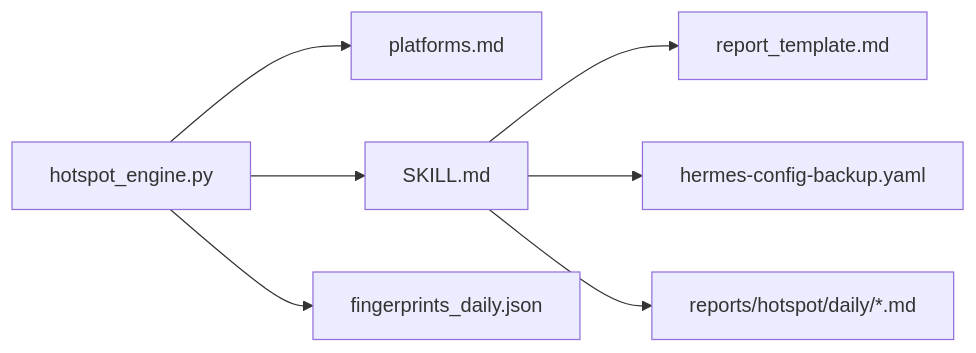
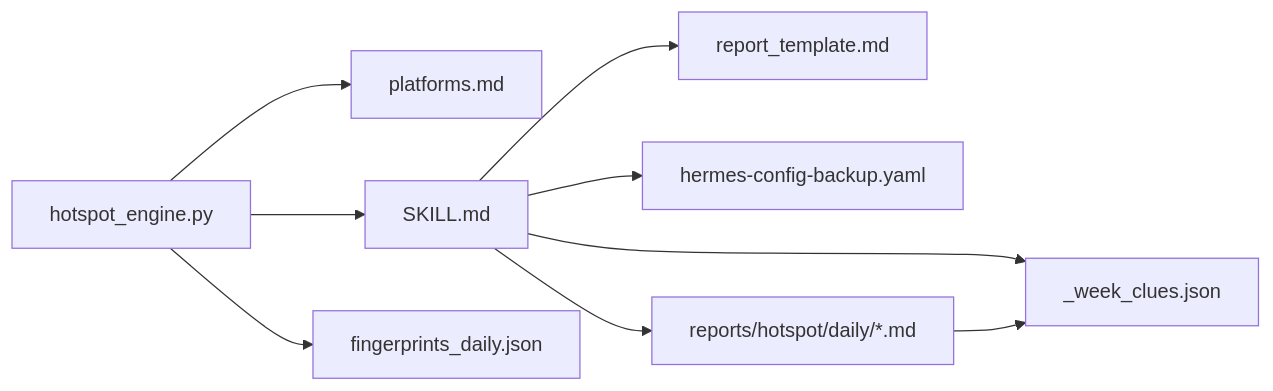
The fourth of 4 diagrams in .qoder/repowiki/zh/content/核心技能详解/Qoder Agent 每日热点报告系统.md (John198912/hermes_workspace), drawn with Mermaid before and after one commit. The commit also changed other lines of this file and 3 other files, not shown here.

````diff
--- a/.qoder/repowiki/zh/content/核心技能详解/Qoder Agent 每日热点报告系统.md
+++ b/.qoder/repowiki/zh/content/核心技能详解/Qoder Agent 每日热点报告系统.md
@@ -210,9 +244,11 @@
 ```mermaid
 graph LR
 Engine["hotspot_engine.py"] --> Platforms["platforms.md"]
 Engine --> Skill["SKILL.md"]
 Skill --> Template["report_template.md"]
 Skill --> Config["hermes-config-backup.yaml"]
 Engine --> Data["fingerprints_daily.json"]
 Skill --> Reports["reports/hotspot/daily/*.md"]
+Skill --> Clues["_week_clues.json"]
+Reports --> Clues
 ```
````
